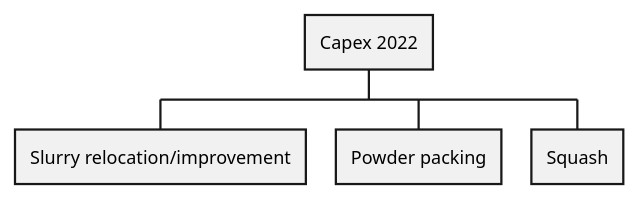
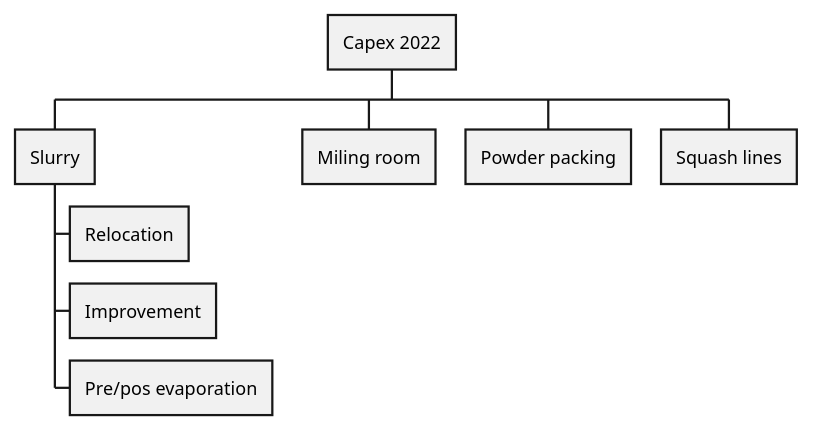
One commit to ricmagno/Project_Management changed the diagram in Hierarchy_chart/work_breakdown_structure.org. Above: the diagram before and after it, drawn with PlantUML. The commit also changed 14 other files, not shown here.

```diff
--- a/Hierarchy_chart/work_breakdown_structure.org
+++ b/Hierarchy_chart/work_breakdown_structure.org
@@ -11,8 +10,14 @@
 #+begin_src plantuml :file Resources/wbs.eps
 @startwbs
-+ Capex 2022
-++ Slurry relocation/improvement
-++ Powder packing
-++ Squash
+
+ * Capex 2022
+ ** Slurry
+ *** Relocation
+ *** Improvement
+ *** Pre/pos evaporation
+ ** Miling room
+ ** Powder packing
+ ** Squash lines
+
 @endwbs
 #+end_src
```
